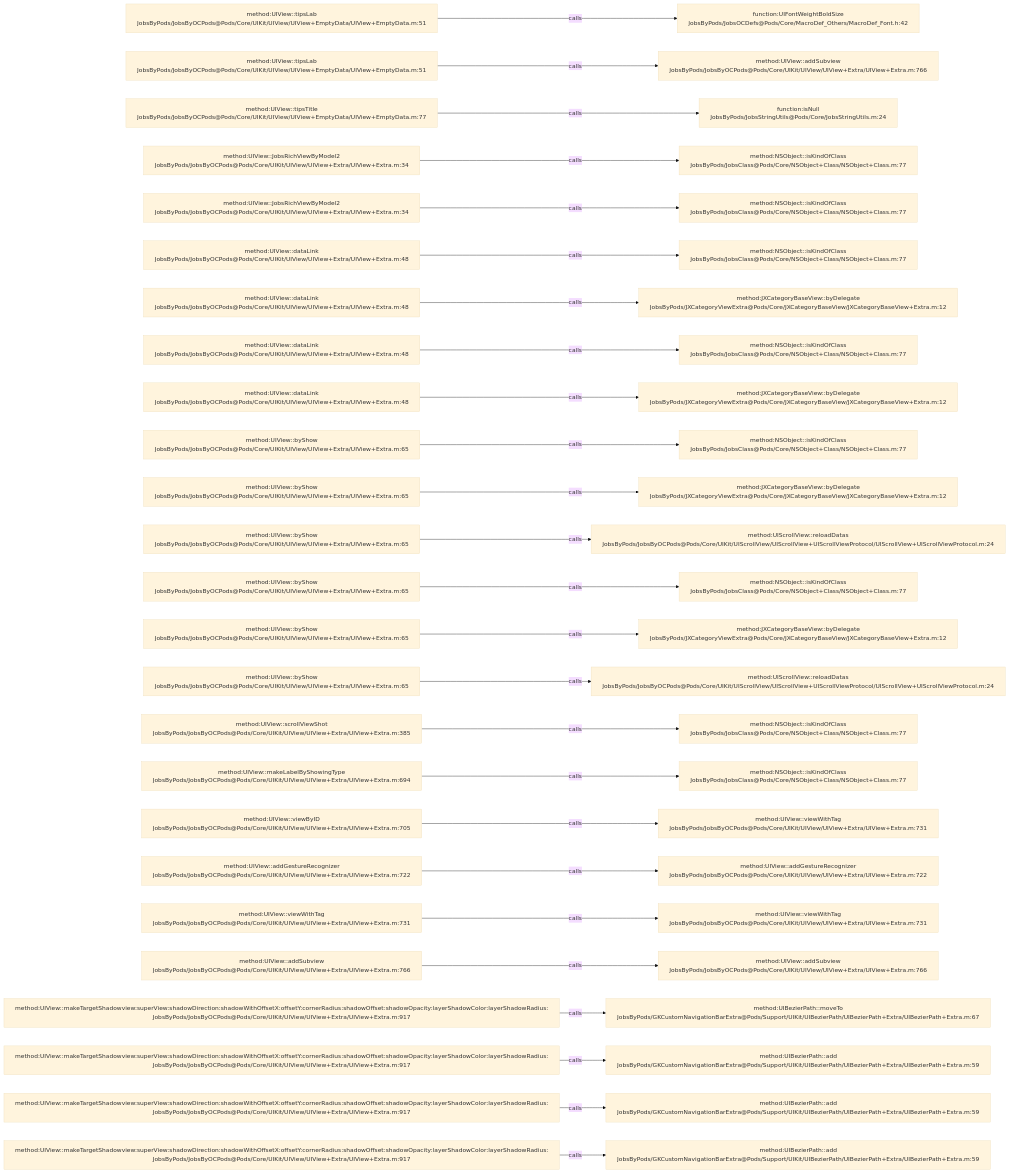
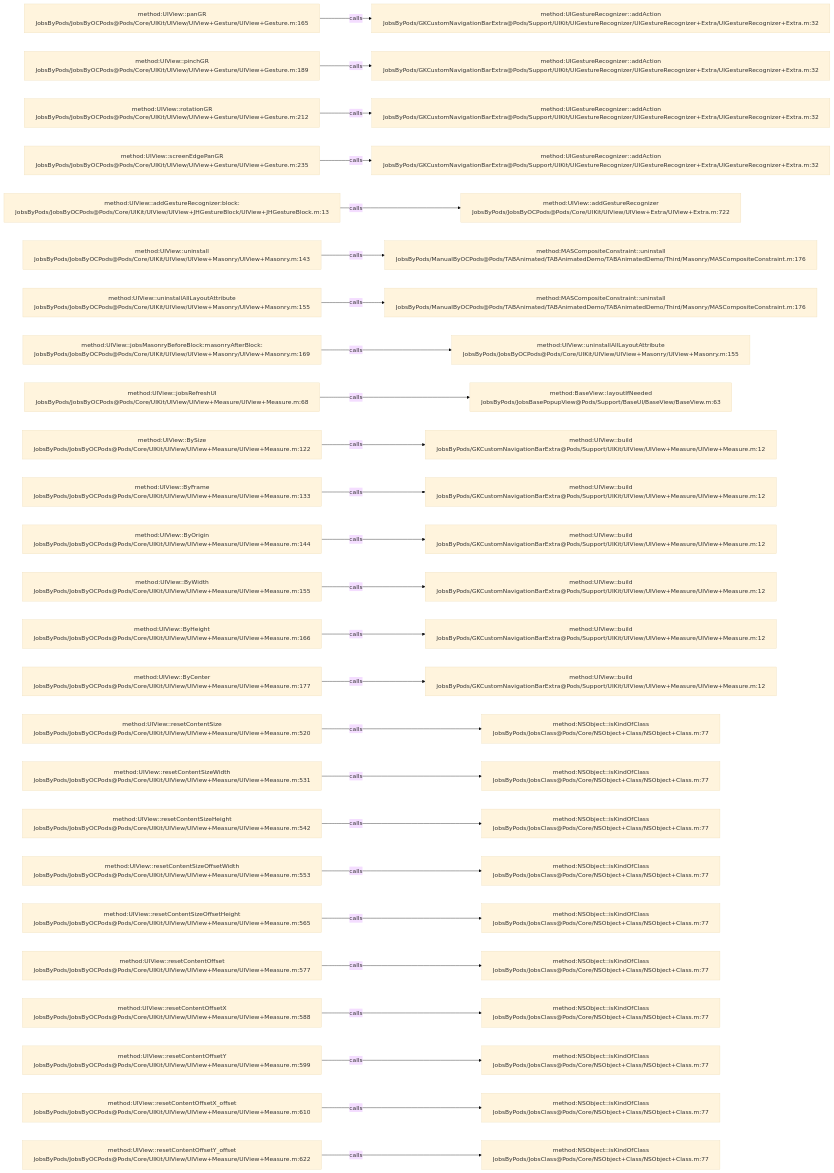
The diagram in .codegraph/codegraph.md/graphs/calls-065.md (JobsKits/JobsOCBaseConfigDemo), drawn with Mermaid (base theme) before and after one commit. The commit also changed 639 other files, not shown here.

````diff
--- a/.codegraph/codegraph.md/graphs/calls-065.md
+++ b/.codegraph/codegraph.md/graphs/calls-065.md
@@ -13,78 +13,78 @@
 ```mermaid
 flowchart LR
-  S1["method:UIView::tipsLab<br/>JobsByPods/JobsByOCPods@Pods/Core/UIKit/UIView/UIView+EmptyData/UIView+EmptyData.m:51"]
-  T1["function:UIFontWeightBoldSize<br/>JobsByPods/JobsOCDefs@Pods/Core/MacroDef_Others/MacroDef_Font.h:42"]
+  S1["method:UIView::panGR<br/>JobsByPods/JobsByOCPods@Pods/Core/UIKit/UIView/UIView+Gesture/UIView+Gesture.m:165"]
+  T1["method:UIGestureRecognizer::addAction<br/>JobsByPods/GKCustomNavigationBarExtra@Pods/Support/UIKit/UIGestureRecognizer/UIGestureRecognizer+Extra/UIGestureRecognizer+Extra.m:32"]
   S1 -->|calls| T1
-  S2["method:UIView::tipsLab<br/>JobsByPods/JobsByOCPods@Pods/Core/UIKit/UIView/UIView+EmptyData/UIView+EmptyData.m:51"]
-  T2["method:UIView::addSubview<br/>JobsByPods/JobsByOCPods@Pods/Core/UIKit/UIView/UIView+Extra/UIView+Extra.m:766"]
+  S2["method:UIView::pinchGR<br/>JobsByPods/JobsByOCPods@Pods/Core/UIKit/UIView/UIView+Gesture/UIView+Gesture.m:189"]
+  T2["method:UIGestureRecognizer::addAction<br/>JobsByPods/GKCustomNavigationBarExtra@Pods/Support/UIKit/UIGestureRecognizer/UIGestureRecognizer+Extra/UIGestureRecognizer+Extra.m:32"]
   S2 -->|calls| T2
-  S3["method:UIView::tipsTitle<br/>JobsByPods/JobsByOCPods@Pods/Core/UIKit/UIView/UIView+EmptyData/UIView+EmptyData.m:77"]
-  T3["function:isNull<br/>JobsByPods/JobsStringUtils@Pods/Core/JobsStringUtils.m:24"]
+  S3["method:UIView::rotationGR<br/>JobsByPods/JobsByOCPods@Pods/Core/UIKit/UIView/UIView+Gesture/UIView+Gesture.m:212"]
+  T3["method:UIGestureRecognizer::addAction<br/>JobsByPods/GKCustomNavigationBarExtra@Pods/Support/UIKit/UIGestureRecognizer/UIGestureRecognizer+Extra/UIGestureRecognizer+Extra.m:32"]
   S3 -->|calls| T3
-  S4["method:UIView::JobsRichViewByModel2<br/>JobsByPods/JobsByOCPods@Pods/Core/UIKit/UIView/UIView+Extra/UIView+Extra.m:34"]
-  T4["method:NSObject::isKindOfClass<br/>JobsByPods/JobsClass@Pods/Core/NSObject+Class/NSObject+Class.m:77"]
+  S4["method:UIView::screenEdgePanGR<br/>JobsByPods/JobsByOCPods@Pods/Core/UIKit/UIView/UIView+Gesture/UIView+Gesture.m:235"]
+  T4["method:UIGestureRecognizer::addAction<br/>JobsByPods/GKCustomNavigationBarExtra@Pods/Support/UIKit/UIGestureRecognizer/UIGestureRecognizer+Extra/UIGestureRecognizer+Extra.m:32"]
   S4 -->|calls| T4
-  S5["method:UIView::JobsRichViewByModel2<br/>JobsByPods/JobsByOCPods@Pods/Core/UIKit/UIView/UIView+Extra/UIView+Extra.m:34"]
-  T5["method:NSObject::isKindOfClass<br/>JobsByPods/JobsClass@Pods/Core/NSObject+Class/NSObject+Class.m:77"]
+  S5["method:UIView::addGestureRecognizer:block:<br/>JobsByPods/JobsByOCPods@Pods/Core/UIKit/UIView/UIView+JHGestureBlock/UIView+JHGestureBlock.m:13"]
+  T5["method:UIView::addGestureRecognizer<br/>JobsByPods/JobsByOCPods@Pods/Core/UIKit/UIView/UIView+Extra/UIView+Extra.m:722"]
   S5 -->|calls| T5
-  S6["method:UIView::dataLink<br/>JobsByPods/JobsByOCPods@Pods/Core/UIKit/UIView/UIView+Extra/UIView+Extra.m:48"]
-  T6["method:NSObject::isKindOfClass<br/>JobsByPods/JobsClass@Pods/Core/NSObject+Class/NSObject+Class.m:77"]
+  S6["method:UIView::uninstall<br/>JobsByPods/JobsByOCPods@Pods/Core/UIKit/UIView/UIView+Masonry/UIView+Masonry.m:143"]
+  T6["method:MASCompositeConstraint::uninstall<br/>JobsByPods/ManualByOCPods@Pods/TABAnimated/TABAnimatedDemo/TABAnimatedDemo/Third/Masonry/MASCompositeConstraint.m:176"]
   S6 -->|calls| T6
-  S7["method:UIView::dataLink<br/>JobsByPods/JobsByOCPods@Pods/Core/UIKit/UIView/UIView+Extra/UIView+Extra.m:48"]
-  T7["method:JXCategoryBaseView::byDelegate<br/>JobsByPods/JXCategoryViewExtra@Pods/Core/JXCategoryBaseView/JXCategoryBaseView+Extra.m:12"]
+  S7["method:UIView::uninstallAllLayoutAttribute<br/>JobsByPods/JobsByOCPods@Pods/Core/UIKit/UIView/UIView+Masonry/UIView+Masonry.m:155"]
+  T7["method:MASCompositeConstraint::uninstall<br/>JobsByPods/ManualByOCPods@Pods/TABAnimated/TABAnimatedDemo/TABAnimatedDemo/Third/Masonry/MASCompositeConstraint.m:176"]
   S7 -->|calls| T7
-  S8["method:UIView::dataLink<br/>JobsByPods/JobsByOCPods@Pods/Core/UIKit/UIView/UIView+Extra/UIView+Extra.m:48"]
-  T8["method:NSObject::isKindOfClass<br/>JobsByPods/JobsClass@Pods/Core/NSObject+Class/NSObject+Class.m:77"]
+  S8["method:UIView::jobsMasonryBeforeBlock:masonryAfterBlock:<br/>JobsByPods/JobsByOCPods@Pods/Core/UIKit/UIView/UIView+Masonry/UIView+Masonry.m:169"]
+  T8["method:UIView::uninstallAllLayoutAttribute<br/>JobsByPods/JobsByOCPods@Pods/Core/UIKit/UIView/UIView+Masonry/UIView+Masonry.m:155"]
   S8 -->|calls| T8
-  S9["method:UIView::dataLink<br/>JobsByPods/JobsByOCPods@Pods/Core/UIKit/UIView/UIView+Extra/UIView+Extra.m:48"]
-  T9["method:JXCategoryBaseView::byDelegate<br/>JobsByPods/JXCategoryViewExtra@Pods/Core/JXCategoryBaseView/JXCategoryBaseView+Extra.m:12"]
+  S9["method:UIView::jobsRefreshUI<br/>JobsByPods/JobsByOCPods@Pods/Core/UIKit/UIView/UIView+Measure/UIView+Measure.m:68"]
+  T9["method:BaseView::layoutIfNeeded<br/>JobsByPods/JobsBasePopupView@Pods/Support/BaseUI/BaseView/BaseView.m:63"]
   S9 -->|calls| T9
-  S10["method:UIView::byShow<br/>JobsByPods/JobsByOCPods@Pods/Core/UIKit/UIView/UIView+Extra/UIView+Extra.m:65"]
-  T10["method:NSObject::isKindOfClass<br/>JobsByPods/JobsClass@Pods/Core/NSObject+Class/NSObject+Class.m:77"]
+  S10["method:UIView::BySize<br/>JobsByPods/JobsByOCPods@Pods/Core/UIKit/UIView/UIView+Measure/UIView+Measure.m:122"]
+  T10["method:UIView::build<br/>JobsByPods/GKCustomNavigationBarExtra@Pods/Support/UIKit/UIView/UIView+Measure/UIView+Measure.m:12"]
   S10 -->|calls| T10
-  S11["method:UIView::byShow<br/>JobsByPods/JobsByOCPods@Pods/Core/UIKit/UIView/UIView+Extra/UIView+Extra.m:65"]
-  T11["method:JXCategoryBaseView::byDelegate<br/>JobsByPods/JXCategoryViewExtra@Pods/Core/JXCategoryBaseView/JXCategoryBaseView+Extra.m:12"]
+  S11["method:UIView::ByFrame<br/>JobsByPods/JobsByOCPods@Pods/Core/UIKit/UIView/UIView+Measure/UIView+Measure.m:133"]
+  T11["method:UIView::build<br/>JobsByPods/GKCustomNavigationBarExtra@Pods/Support/UIKit/UIView/UIView+Measure/UIView+Measure.m:12"]
   S11 -->|calls| T11
-  S12["method:UIView::byShow<br/>JobsByPods/JobsByOCPods@Pods/Core/UIKit/UIView/UIView+Extra/UIView+Extra.m:65"]
-  T12["method:UIScrollView::reloadDatas<br/>JobsByPods/JobsByOCPods@Pods/Core/UIKit/UIScrollView/UIScrollView+UIScrollViewProtocol/UIScrollView+UIScrollViewProtocol.m:24"]
+  S12["method:UIView::ByOrigin<br/>JobsByPods/JobsByOCPods@Pods/Core/UIKit/UIView/UIView+Measure/UIView+Measure.m:144"]
+  T12["method:UIView::build<br/>JobsByPods/GKCustomNavigationBarExtra@Pods/Support/UIKit/UIView/UIView+Measure/UIView+Measure.m:12"]
   S12 -->|calls| T12
-  S13["method:UIView::byShow<br/>JobsByPods/JobsByOCPods@Pods/Core/UIKit/UIView/UIView+Extra/UIView+Extra.m:65"]
-  T13["method:NSObject::isKindOfClass<br/>JobsByPods/JobsClass@Pods/Core/NSObject+Class/NSObject+Class.m:77"]
+  S13["method:UIView::ByWidth<br/>JobsByPods/JobsByOCPods@Pods/Core/UIKit/UIView/UIView+Measure/UIView+Measure.m:155"]
+  T13["method:UIView::build<br/>JobsByPods/GKCustomNavigationBarExtra@Pods/Support/UIKit/UIView/UIView+Measure/UIView+Measure.m:12"]
   S13 -->|calls| T13
-  S14["method:UIView::byShow<br/>JobsByPods/JobsByOCPods@Pods/Core/UIKit/UIView/UIView+Extra/UIView+Extra.m:65"]
-  T14["method:JXCategoryBaseView::byDelegate<br/>JobsByPods/JXCategoryViewExtra@Pods/Core/JXCategoryBaseView/JXCategoryBaseView+Extra.m:12"]
+  S14["method:UIView::ByHeight<br/>JobsByPods/JobsByOCPods@Pods/Core/UIKit/UIView/UIView+Measure/UIView+Measure.m:166"]
+  T14["method:UIView::build<br/>JobsByPods/GKCustomNavigationBarExtra@Pods/Support/UIKit/UIView/UIView+Measure/UIView+Measure.m:12"]
   S14 -->|calls| T14
-  S15["method:UIView::byShow<br/>JobsByPods/JobsByOCPods@Pods/Core/UIKit/UIView/UIView+Extra/UIView+Extra.m:65"]
-  T15["method:UIScrollView::reloadDatas<br/>JobsByPods/JobsByOCPods@Pods/Core/UIKit/UIScrollView/UIScrollView+UIScrollViewProtocol/UIScrollView+UIScrollViewProtocol.m:24"]
+  S15["method:UIView::ByCenter<br/>JobsByPods/JobsByOCPods@Pods/Core/UIKit/UIView/UIView+Measure/UIView+Measure.m:177"]
+  T15["method:UIView::build<br/>JobsByPods/GKCustomNavigationBarExtra@Pods/Support/UIKit/UIView/UIView+Measure/UIView+Measure.m:12"]
   S15 -->|calls| T15
-  S16["method:UIView::scrollViewShot<br/>JobsByPods/JobsByOCPods@Pods/Core/UIKit/UIView/UIView+Extra/UIView+Extra.m:385"]
+  S16["method:UIView::resetContentSize<br/>JobsByPods/JobsByOCPods@Pods/Core/UIKit/UIView/UIView+Measure/UIView+Measure.m:520"]
   T16["method:NSObject::isKindOfClass<br/>JobsByPods/JobsClass@Pods/Core/NSObject+Class/NSObject+Class.m:77"]
   S16 -->|calls| T16
-  S17["method:UIView::makeLabelByShowingType<br/>JobsByPods/JobsByOCPods@Pods/Core/UIKit/UIView/UIView+Extra/UIView+Extra.m:694"]
+  S17["method:UIView::resetContentSizeWidth<br/>JobsByPods/JobsByOCPods@Pods/Core/UIKit/UIView/UIView+Measure/UIView+Measure.m:531"]
   T17["method:NSObject::isKindOfClass<br/>JobsByPods/JobsClass@Pods/Core/NSObject+Class/NSObject+Class.m:77"]
   S17 -->|calls| T17
-  S18["method:UIView::viewByID<br/>JobsByPods/JobsByOCPods@Pods/Core/UIKit/UIView/UIView+Extra/UIView+Extra.m:705"]
-  T18["method:UIView::viewWithTag<br/>JobsByPods/JobsByOCPods@Pods/Core/UIKit/UIView/UIView+Extra/UIView+Extra.m:731"]
+  S18["method:UIView::resetContentSizeHeight<br/>JobsByPods/JobsByOCPods@Pods/Core/UIKit/UIView/UIView+Measure/UIView+Measure.m:542"]
+  T18["method:NSObject::isKindOfClass<br/>JobsByPods/JobsClass@Pods/Core/NSObject+Class/NSObject+Class.m:77"]
   S18 -->|calls| T18
-  S19["method:UIView::addGestureRecognizer<br/>JobsByPods/JobsByOCPods@Pods/Core/UIKit/UIView/UIView+Extra/UIView+Extra.m:722"]
-  T19["method:UIView::addGestureRecognizer<br/>JobsByPods/JobsByOCPods@Pods/Core/UIKit/UIView/UIView+Extra/UIView+Extra.m:722"]
+  S19["method:UIView::resetContentSizeOffsetWidth<br/>JobsByPods/JobsByOCPods@Pods/Core/UIKit/UIView/UIView+Measure/UIView+Measure.m:553"]
+  T19["method:NSObject::isKindOfClass<br/>JobsByPods/JobsClass@Pods/Core/NSObject+Class/NSObject+Class.m:77"]
   S19 -->|calls| T19
-  S20["method:UIView::viewWithTag<br/>JobsByPods/JobsByOCPods@Pods/Core/UIKit/UIView/UIView+Extra/UIView+Extra.m:731"]
-  T20["method:UIView::viewWithTag<br/>JobsByPods/JobsByOCPods@Pods/Core/UIKit/UIView/UIView+Extra/UIView+Extra.m:731"]
+  S20["method:UIView::resetContentSizeOffsetHeight<br/>JobsByPods/JobsByOCPods@Pods/Core/UIKit/UIView/UIView+Measure/UIView+Measure.m:565"]
+  T20["method:NSObject::isKindOfClass<br/>JobsByPods/JobsClass@Pods/Core/NSObject+Class/NSObject+Class.m:77"]
   S20 -->|calls| T20
-  S21["method:UIView::addSubview<br/>JobsByPods/JobsByOCPods@Pods/Core/UIKit/UIView/UIView+Extra/UIView+Extra.m:766"]
-  T21["method:UIView::addSubview<br/>JobsByPods/JobsByOCPods@Pods/Core/UIKit/UIView/UIView+Extra/UIView+Extra.m:766"]
+  S21["method:UIView::resetContentOffset<br/>JobsByPods/JobsByOCPods@Pods/Core/UIKit/UIView/UIView+Measure/UIView+Measure.m:577"]
+  T21["method:NSObject::isKindOfClass<br/>JobsByPods/JobsClass@Pods/Core/NSObject+Class/NSObject+Class.m:77"]
   S21 -->|calls| T21
-  S22["method:UIView::makeTargetShadowview:superView:shadowDirection:shadowWithOffsetX:offsetY:cornerRadius:shadowOffset:shadowOpacity:layerShadowColor:layerShadowRadius:<br/>JobsByPods/JobsByOCPods@Pods/Core/UIKit/UIView/UIView+Extra/UIView+Extra.m:917"]
-  T22["method:UIBezierPath::moveTo<br/>JobsByPods/GKCustomNavigationBarExtra@Pods/Support/UIKit/UIBezierPath/UIBezierPath+Extra/UIBezierPath+Extra.m:67"]
+  S22["method:UIView::resetContentOffsetX<br/>JobsByPods/JobsByOCPods@Pods/Core/UIKit/UIView/UIView+Measure/UIView+Measure.m:588"]
+  T22["method:NSObject::isKindOfClass<br/>JobsByPods/JobsClass@Pods/Core/NSObject+Class/NSObject+Class.m:77"]
   S22 -->|calls| T22
-  S23["method:UIView::makeTargetShadowview:superView:shadowDirection:shadowWithOffsetX:offsetY:cornerRadius:shadowOffset:shadowOpacity:layerShadowColor:layerShadowRadius:<br/>JobsByPods/JobsByOCPods@Pods/Core/UIKit/UIView/UIView+Extra/UIView+Extra.m:917"]
-  T23["method:UIBezierPath::add<br/>JobsByPods/GKCustomNavigationBarExtra@Pods/Support/UIKit/UIBezierPath/UIBezierPath+Extra/UIBezierPath+Extra.m:59"]
+  S23["method:UIView::resetContentOffsetY<br/>JobsByPods/JobsByOCPods@Pods/Core/UIKit/UIView/UIView+Measure/UIView+Measure.m:599"]
+  T23["method:NSObject::isKindOfClass<br/>JobsByPods/JobsClass@Pods/Core/NSObject+Class/NSObject+Class.m:77"]
   S23 -->|calls| T23
-  S24["method:UIView::makeTargetShadowview:superView:shadowDirection:shadowWithOffsetX:offsetY:cornerRadius:shadowOffset:shadowOpacity:layerShadowColor:layerShadowRadius:<br/>JobsByPods/JobsByOCPods@Pods/Core/UIKit/UIView/UIView+Extra/UIView+Extra.m:917"]
-  T24["method:UIBezierPath::add<br/>JobsByPods/GKCustomNavigationBarExtra@Pods/Support/UIKit/UIBezierPath/UIBezierPath+Extra/UIBezierPath+Extra.m:59"]
+  S24["method:UIView::resetContentOffsetX_offset<br/>JobsByPods/JobsByOCPods@Pods/Core/UIKit/UIView/UIView+Measure/UIView+Measure.m:610"]
+  T24["method:NSObject::isKindOfClass<br/>JobsByPods/JobsClass@Pods/Core/NSObject+Class/NSObject+Class.m:77"]
   S24 -->|calls| T24
-  S25["method:UIView::makeTargetShadowview:superView:shadowDirection:shadowWithOffsetX:offsetY:cornerRadius:shadowOffset:shadowOpacity:layerShadowColor:layerShadowRadius:<br/>JobsByPods/JobsByOCPods@Pods/Core/UIKit/UIView/UIView+Extra/UIView+Extra.m:917"]
-  T25["method:UIBezierPath::add<br/>JobsByPods/GKCustomNavigationBarExtra@Pods/Support/UIKit/UIBezierPath/UIBezierPath+Extra/UIBezierPath+Extra.m:59"]
+  S25["method:UIView::resetContentOffsetY_offset<br/>JobsByPods/JobsByOCPods@Pods/Core/UIKit/UIView/UIView+Measure/UIView+Measure.m:622"]
+  T25["method:NSObject::isKindOfClass<br/>JobsByPods/JobsClass@Pods/Core/NSObject+Class/NSObject+Class.m:77"]
   S25 -->|calls| T25
 ```
````
